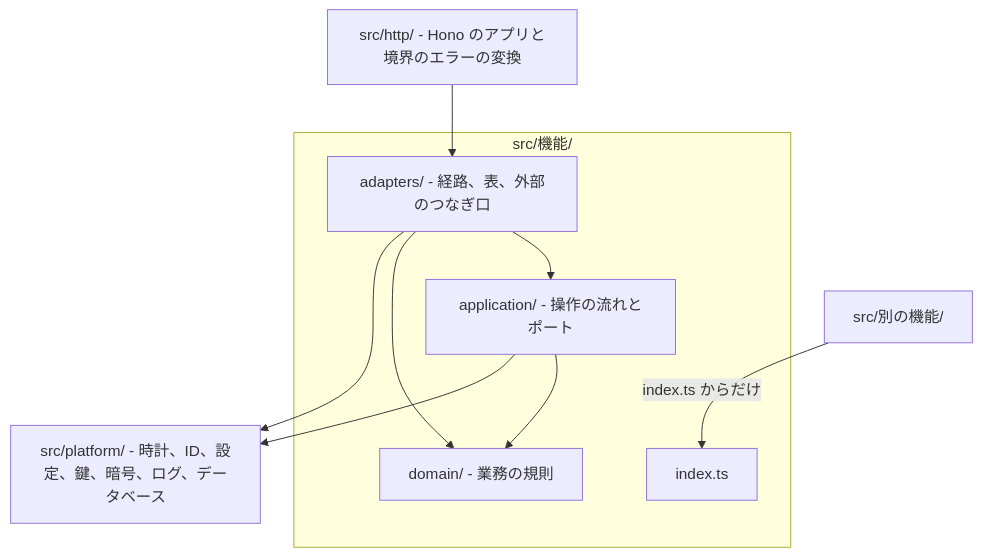
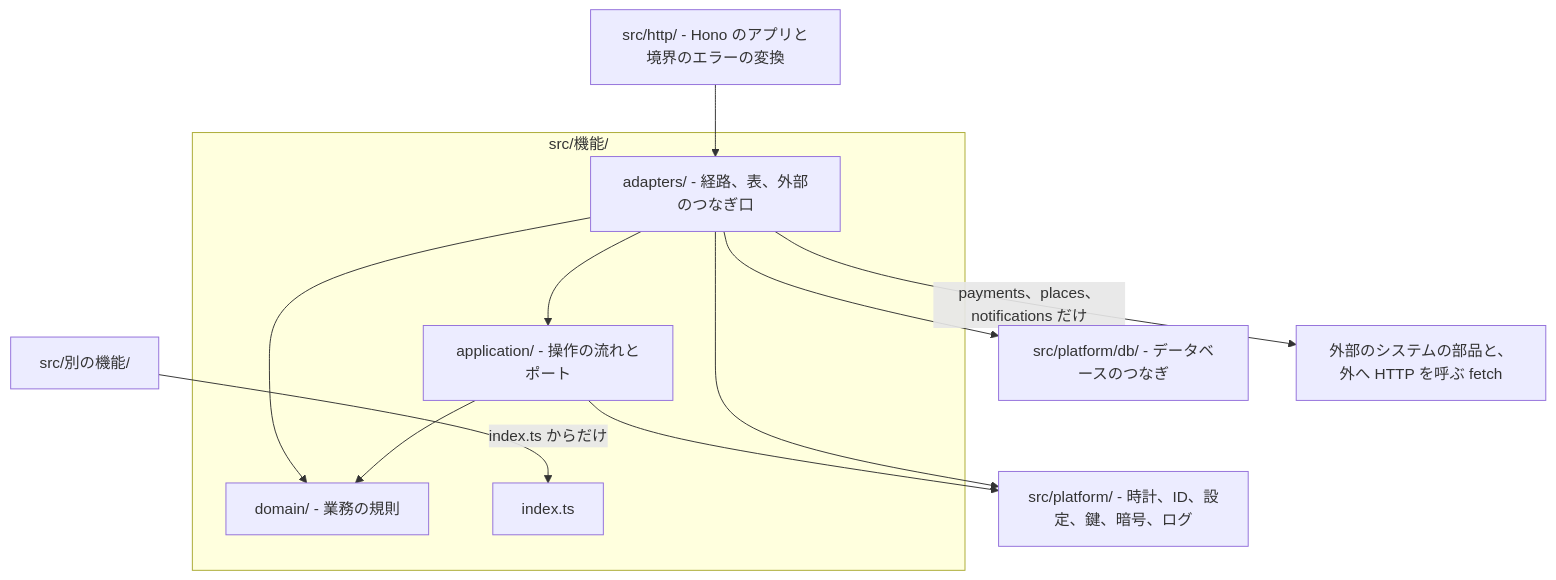
One commit to Taro000/ride-hailing-app-demo changed the second of 3 diagrams in docs/design/2b-technical-policy.md. Above: the diagram before and after it, drawn with Mermaid. The commit also changed other lines of this file and 17 other files, not shown here.

First line of the commit message:
architecture-to-technical-policy: 中の指摘 FND-12、FND-13 を受け入れ、Web アプリの値を起動のときに読ませ、試験の環境の外部のアカウントを分ける（質問なし）

````diff
--- a/docs/design/2b-technical-policy.md
+++ b/docs/design/2b-technical-policy.md
@@ -185,13 +206,15 @@
 ```mermaid
 flowchart TB
   http["src/http/ - Hono のアプリと境界のエラーの変換"] --> ad
   subgraph cap["src/機能/"]
     ad["adapters/ - 経路、表、外部のつなぎ口"] --> app["application/ - 操作の流れとポート"]
     app --> dom["domain/ - 業務の規則"]
     ad --> dom
     idx["index.ts"]
   end
   other["src/別の機能/"] -->|"index.ts からだけ"| idx
-  ad --> plat["src/platform/ - 時計、ID、設定、鍵、暗号、ログ、データベース"]
+  ad --> plat["src/platform/ - 時計、ID、設定、鍵、暗号、ログ"]
   app --> plat
+  ad --> pdb["src/platform/db/ - データベースのつなぎ"]
+  ad -->|"payments、places、notifications だけ"| ext["外部のシステムの部品と、外へ HTTP を呼ぶ fetch"]
 ```
````
